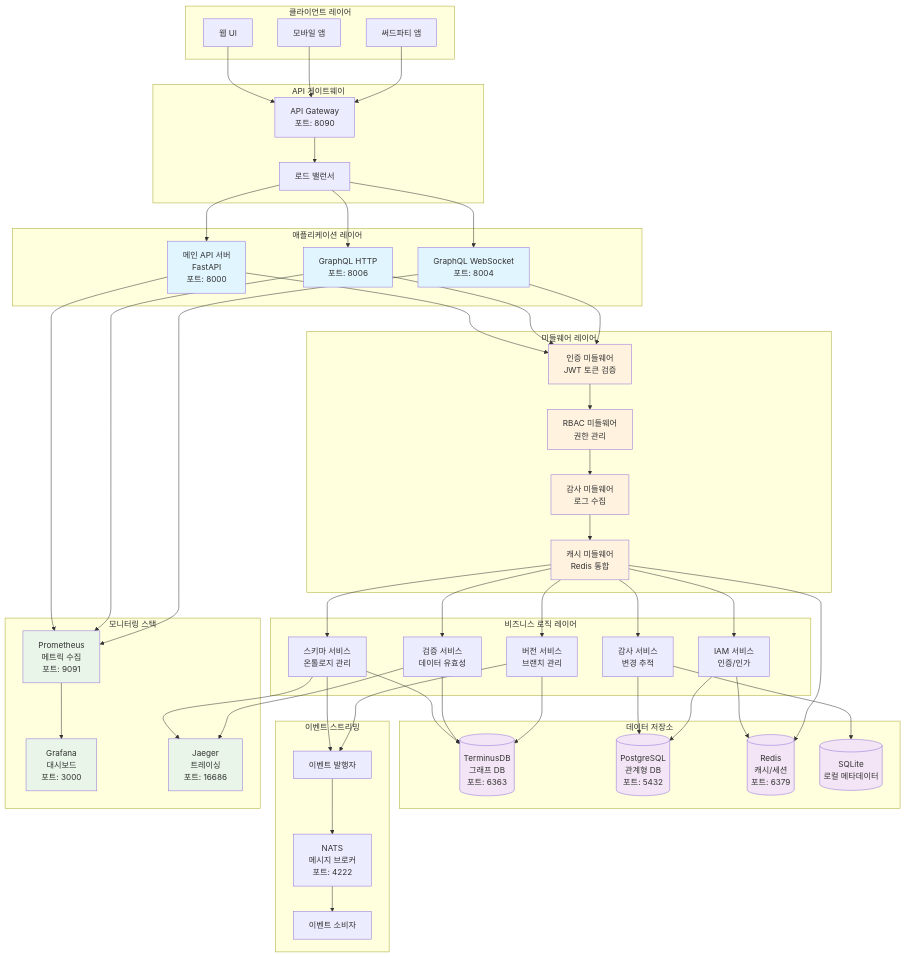
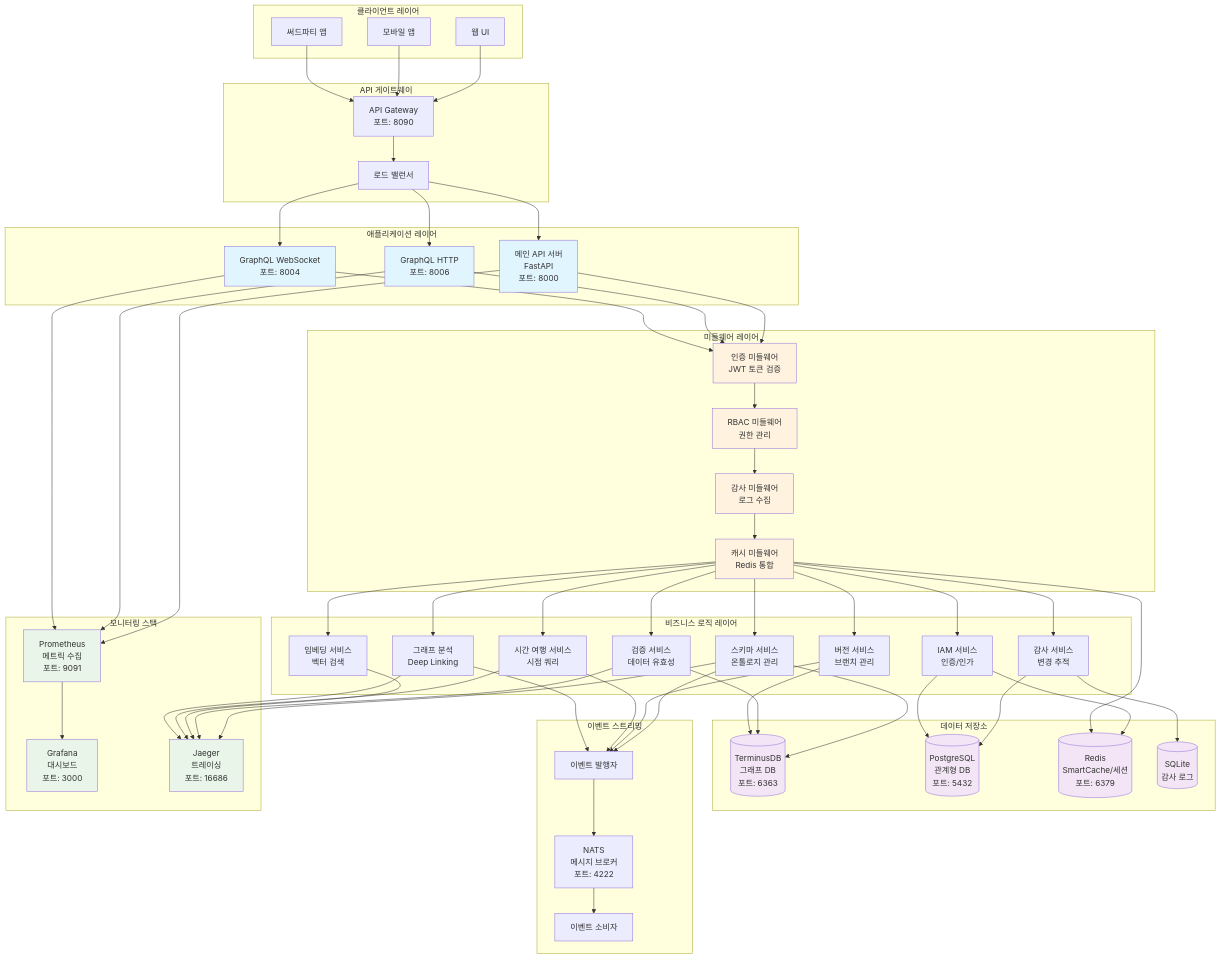
Before and after one commit to ludia8888/Icon-Blaster: the first of 2 diagrams in oms-monolith/README.md, drawn with Mermaid. The commit also changed other lines of this file and 3 other files, not shown here.

```diff
--- a/oms-monolith/README.md
+++ b/oms-monolith/README.md
@@ -72,13 +81,16 @@
         VersionService[버전 서비스<br/>브랜치 관리]
         AuditService[감사 서비스<br/>변경 추적]
         IAMService[IAM 서비스<br/>인증/인가]
+        EmbeddingService[임베딩 서비스<br/>벡터 검색]
+        TimeTravelService[시간 여행 서비스<br/>시점 쿼리]
+        GraphAnalysisService[그래프 분석<br/>Deep Linking]
     end
 
     subgraph "데이터 저장소"
         TerminusDB[(TerminusDB<br/>그래프 DB<br/>포트: 6363)]
         PostgreSQL[(PostgreSQL<br/>관계형 DB<br/>포트: 5432)]
-        Redis[(Redis<br/>캐시/세션<br/>포트: 6379)]
-        SQLite[(SQLite<br/>로컬 메타데이터)]
+        Redis[(Redis<br/>SmartCache/세션<br/>포트: 6379)]
+        SQLite[(SQLite<br/>감사 로그)]
     end
 
     subgraph "이벤트 스트리밍"
@@ -116,6 +128,9 @@
     CacheMiddleware --> VersionService
     CacheMiddleware --> AuditService
     CacheMiddleware --> IAMService
+    CacheMiddleware --> EmbeddingService
+    CacheMiddleware --> TimeTravelService
+    CacheMiddleware --> GraphAnalysisService
 
     SchemaService --> TerminusDB
     ValidationService --> TerminusDB
@@ -129,6 +144,8 @@
     
     SchemaService --> EventPublisher
     VersionService --> EventPublisher
+    TimeTravelService --> EventPublisher
+    GraphAnalysisService --> EventPublisher
     EventPublisher --> NATS
     NATS --> EventConsumer
 
@@ -139,6 +156,9 @@
 
     SchemaService --> Jaeger
     ValidationService --> Jaeger
+    EmbeddingService --> Jaeger
+    TimeTravelService --> Jaeger
+    GraphAnalysisService --> Jaeger
 
     classDef apiLayer fill:#e1f5fe
     classDef dataLayer fill:#f3e5f5
```
